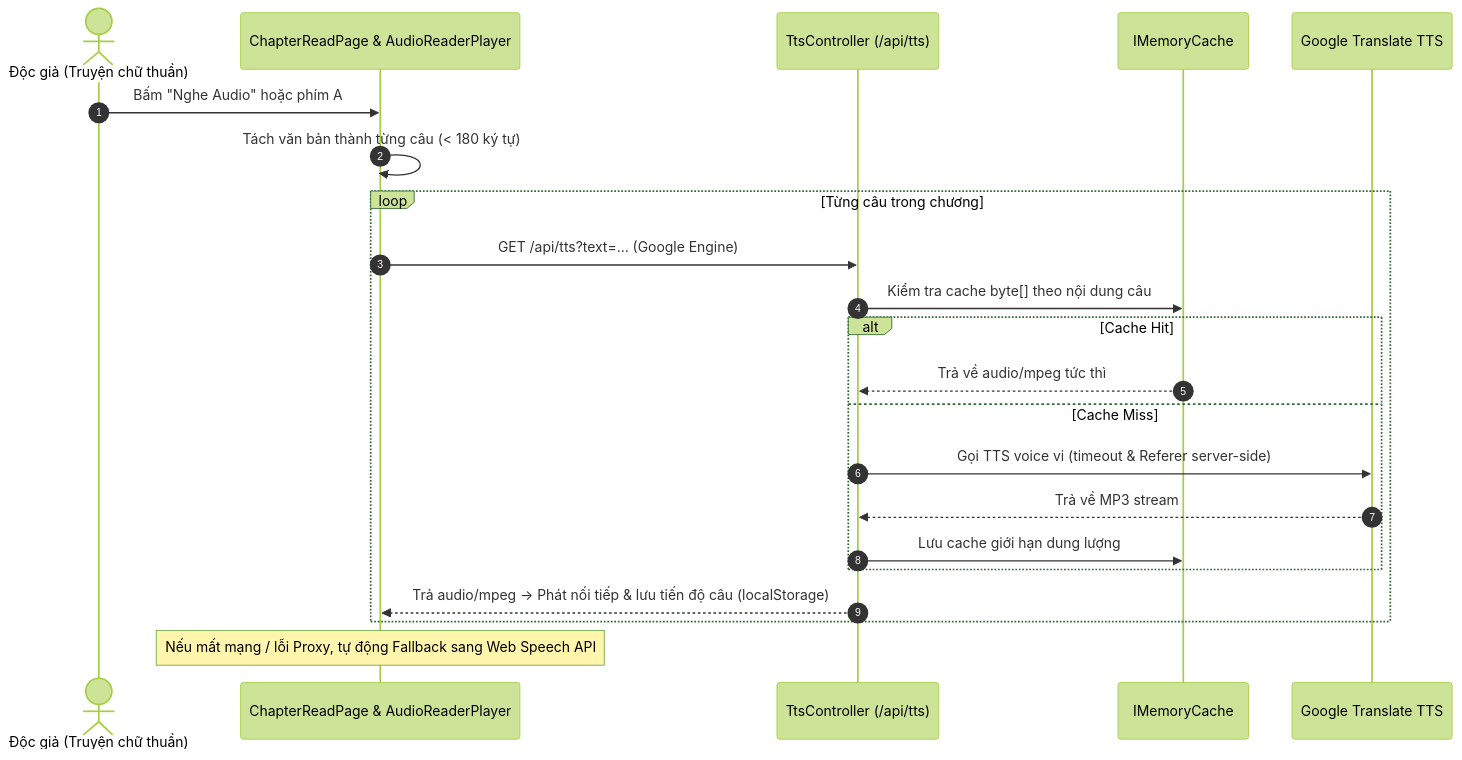
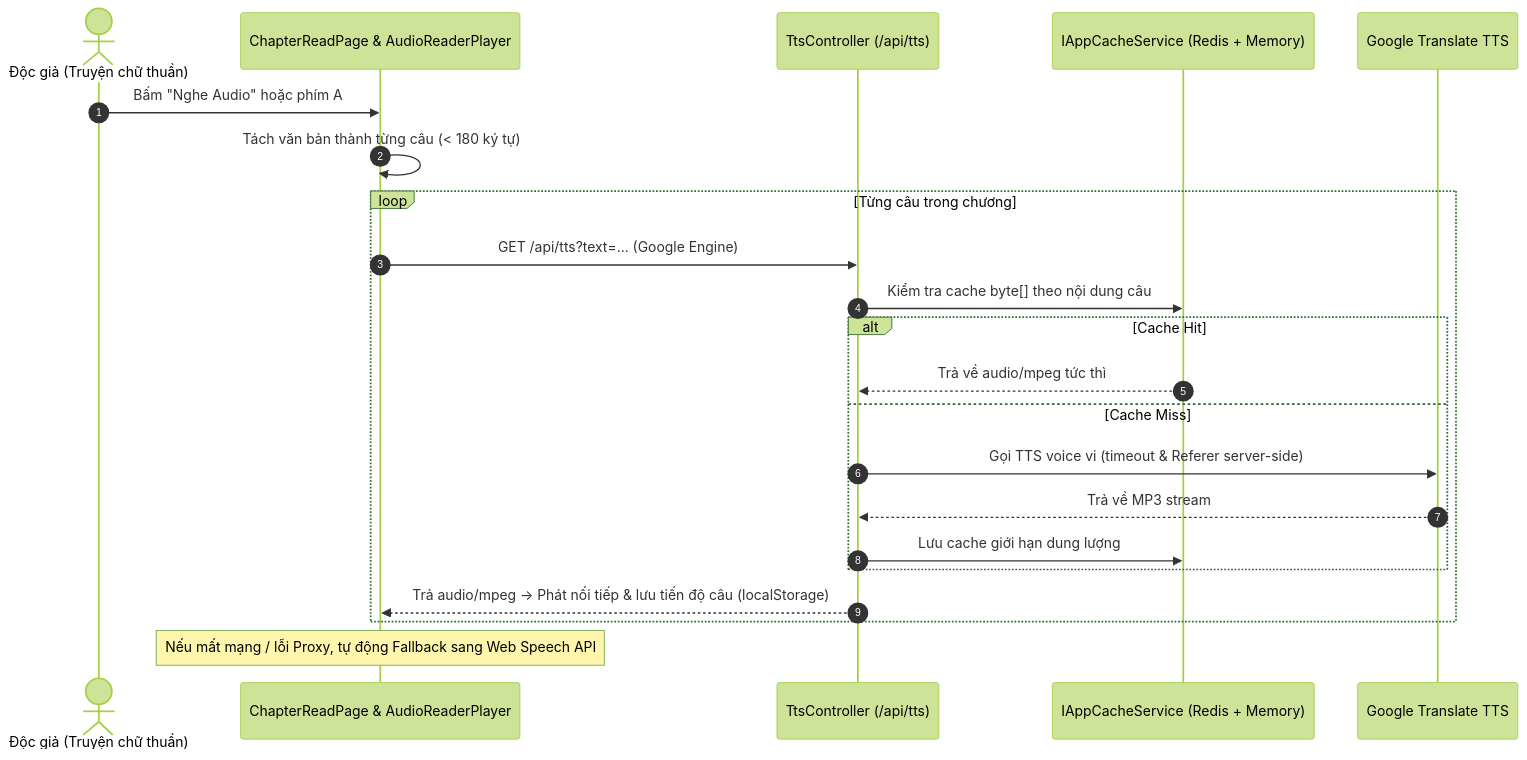
Before and after one commit to tuyenminhtran/HeThongQuanLyDocTruyen-Nhom-7: the fifth of 8 diagrams in KIEN_TRUC_CONG_NGHE_VA_FLOW.md, drawn with Mermaid (forest theme). The commit also changed other lines of this file and 55 other files, not shown here.

````diff
--- a/KIEN_TRUC_CONG_NGHE_VA_FLOW.md
+++ b/KIEN_TRUC_CONG_NGHE_VA_FLOW.md
@@ -153,25 +163,25 @@
 ```mermaid
 sequenceDiagram
     autonumber
     actor User as Độc giả (Truyện chữ thuần)
     participant Reader as ChapterReadPage & AudioReaderPlayer
     participant TTS as TtsController (/api/tts)
-    participant Cache as IMemoryCache
+    participant Cache as IAppCacheService (Redis + Memory)
     participant Google as Google Translate TTS
 
     User->>Reader: Bấm "Nghe Audio" hoặc phím A
     Reader->>Reader: Tách văn bản thành từng câu (< 180 ký tự)
     loop Từng câu trong chương
         Reader->>TTS: GET /api/tts?text=... (Google Engine)
         TTS->>Cache: Kiểm tra cache byte[] theo nội dung câu
         alt Cache Hit
             Cache-->>TTS: Trả về audio/mpeg tức thì
         else Cache Miss
             TTS->>Google: Gọi TTS voice vi (timeout & Referer server-side)
             Google-->>TTS: Trả về MP3 stream
             TTS->>Cache: Lưu cache giới hạn dung lượng
         end
         TTS-->>Reader: Trả audio/mpeg -> Phát nối tiếp & lưu tiến độ câu (localStorage)
     end
     Note over Reader: Nếu mất mạng / lỗi Proxy, tự động Fallback sang Web Speech API
 ```
````
